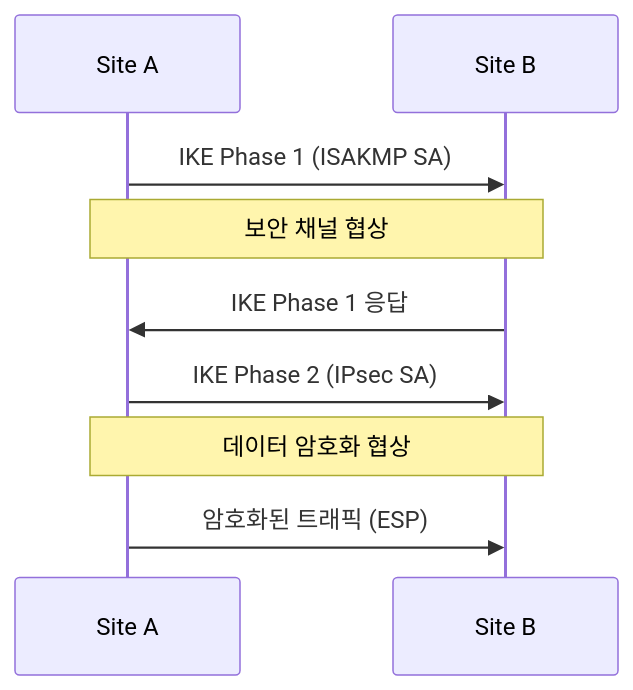
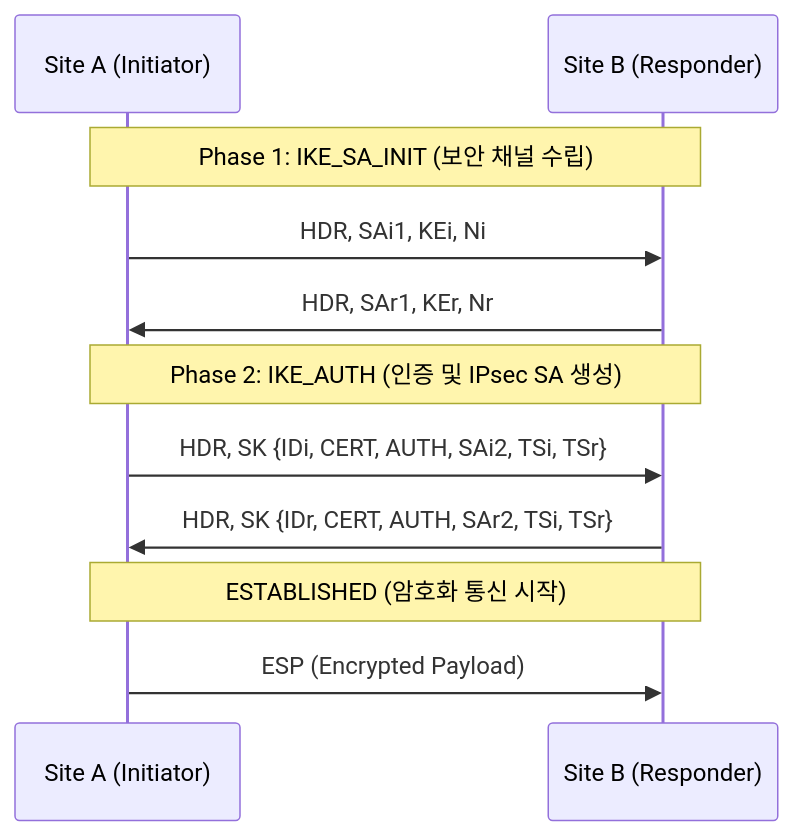
The diagram in _posts/security-solutions/2025-09-02-StrongSwan_study.md (HamaPr/HamaPr.github.io), drawn with Mermaid before and after one commit. The commit also changed other lines of this file and 94 other files, not shown here.

````diff
--- a/_posts/security-solutions/2025-09-02-StrongSwan_study.md
+++ b/_posts/security-solutions/2025-09-02-StrongSwan_study.md
@@ -30,11 +27,16 @@
 ```mermaid
 sequenceDiagram
-    participant A as Site A
-    participant B as Site B
-    A->>B: IKE Phase 1 (ISAKMP SA)
-    Note over A,B: 보안 채널 협상
-    B->>A: IKE Phase 1 응답
-    A->>B: IKE Phase 2 (IPsec SA)
-    Note over A,B: 데이터 암호화 협상
-    A->>B: 암호화된 트래픽 (ESP)
+    participant A as Site A (Initiator)
+    participant B as Site B (Responder)
+    
+    Note over A,B: Phase 1: IKE_SA_INIT (보안 채널 수립)
+    A->>B: HDR, SAi1, KEi, Ni
+    B->>A: HDR, SAr1, KEr, Nr
+    
+    Note over A,B: Phase 2: IKE_AUTH (인증 및 IPsec SA 생성)
+    A->>B: HDR, SK {IDi, CERT, AUTH, SAi2, TSi, TSr}
+    B->>A: HDR, SK {IDr, CERT, AUTH, SAr2, TSi, TSr}
+    
+    Note over A,B: ESTABLISHED (암호화 통신 시작)
+    A->>B: ESP (Encrypted Payload)
 ```
````
